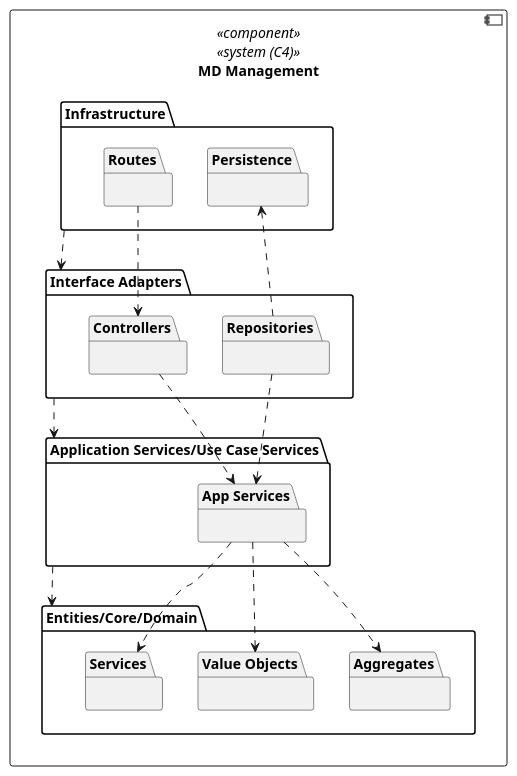
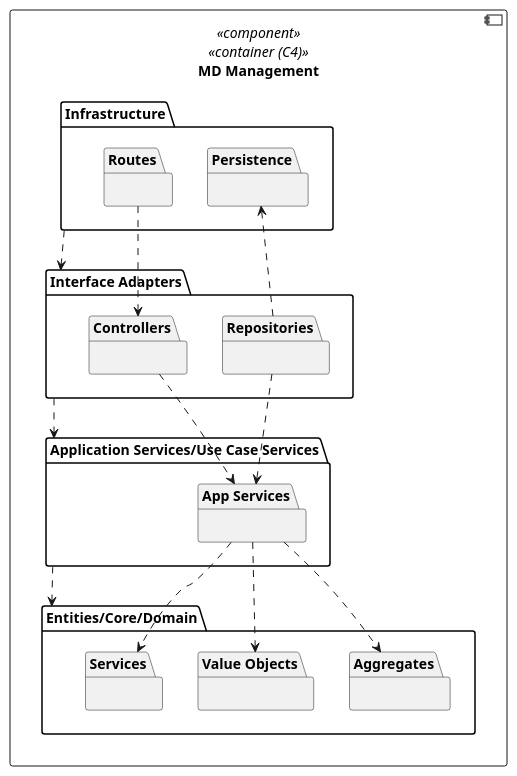
One commit to miseEnPlace-dev/lapr5 changed the diagram in _wiki/views/level-3/implementation-view/implementation.puml. Above: the diagram before and after it, drawn with PlantUML. The commit also changed 3 other files, not shown here.

```diff
--- a/_wiki/views/level-3/implementation-view/implementation.puml
+++ b/_wiki/views/level-3/implementation-view/implementation.puml
@@ -1,37 +1,37 @@
-@startuml implemantation-view
+@startuml implementation-view
 
-component "MD Management" as MDM <<component>> <<system (C4)>> {
+component "MD Management" as MDM <<component>> <<container (C4)>> {
   folder Infrastructure as I {
     package Persistence as PERS {}
     package Routes as ROUTE {}
   }
 
   folder "Interface Adapters" as IA {
     package Controllers as CTRL {}
     package Repositories as REPO {}
   }
 
   folder "Application Services/Use Case Services" as UC {
     package "App Services" as APP {}
   }
 
   folder "Entities/Core/Domain" as E {
     package "Aggregates" as AGG {}
     package "Value Objects" as VO {}
     package "Services" as SRV {}
   }
 }
 
 ROUTE ..> CTRL
 REPO ..> PERS
 CTRL ..> APP
 REPO ..> APP
 APP ..> AGG
 APP ..> VO
 APP ..> SRV
 
 I ..> IA
 IA ..> UC
 UC ..> E
 
 @enduml
```
